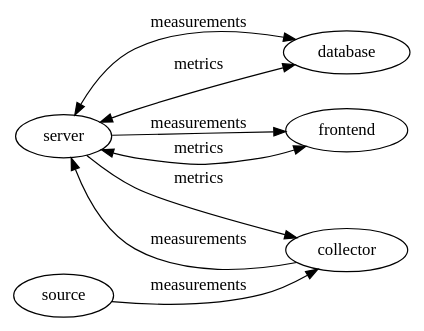
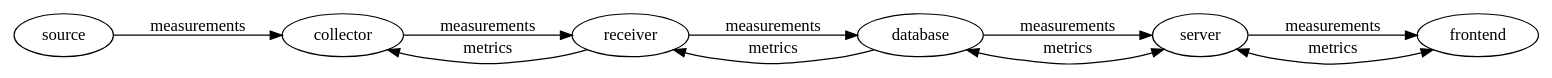
One commit to ICTU/quality-time changed the diagram in docs/components.dot. Above: the diagram before and after it, drawn with Graphviz. The commit also changed 10 other files, not shown here.

```diff
--- a/docs/components.dot
+++ b/docs/components.dot
@@ -1,10 +1,12 @@
 digraph {
   rankdir=LR
-  server -> database [label=measurements, dir="both"]
+  source -> collector [label=measurements]
+  collector -> receiver [label=measurements]
+  receiver -> database [label=measurements]
+  database -> server [label=measurements]
+  server -> frontend [label=measurements]
+  database -> receiver [label=metrics]
+  receiver -> collector [label=metrics]
   server -> database [label=metrics, dir="both"]
-  collector -> server [label=measurements]
-  server -> collector [label=metrics]
-  source -> collector [label=measurements]
   server -> frontend [label=metrics, dir="both"]
-  server -> frontend [label=measurements]
 }
```
